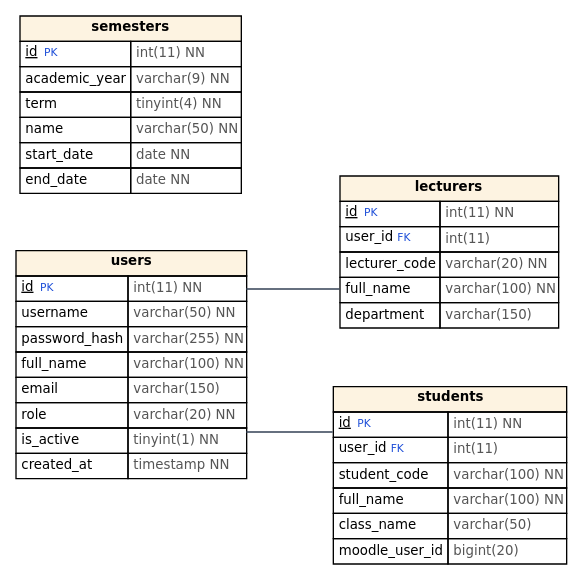
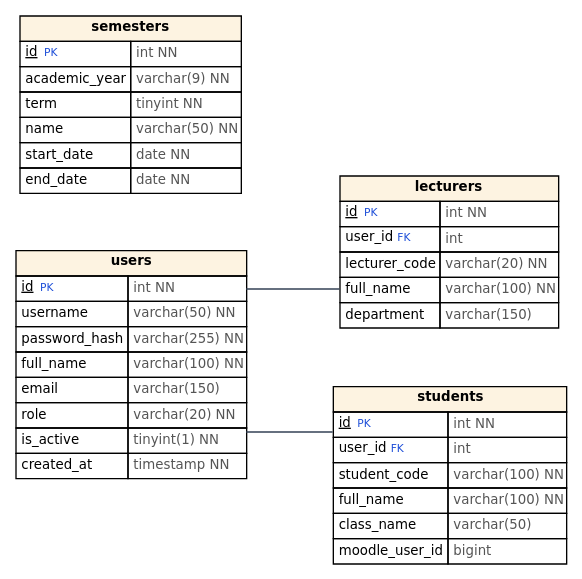
The diagram in docs/diagrams/erd_A.dot (NguyenTanYen/TLCN), drawn with Graphviz before and after one commit. The commit also changed 100 other files, not shown here.

```diff
--- a/docs/diagrams/erd_A.dot
+++ b/docs/diagrams/erd_A.dot
@@ -1,9 +1,9 @@
 digraph G { rankdir=LR; graph [fontname="DejaVu Sans", splines=ortho, nodesep=0.6, ranksep=0.9 ];
 node [shape=none, margin=0, fontname="DejaVu Sans", fontsize=10]; edge [color="#334155", penwidth=1.2, dir=none];
-"users" [label=<<table border="0" cellborder="1" cellspacing="0" cellpadding="3"><tr><td bgcolor="#FDF3E1" colspan="2"><b>users</b></td></tr><tr><td align="left" port="id"><u>id</u> <font color="#1d4ed8" point-size="8">PK</font></td><td align="left"><font color="#555555">int(11) NN</font></td></tr><tr><td align="left" port="username">username</td><td align="left"><font color="#555555">varchar(50) NN</font></td></tr><tr><td align="left" port="password_hash">password_hash</td><td align="left"><font color="#555555">varchar(255) NN</font></td></tr><tr><td align="left" port="full_name">full_name</td><td align="left"><font color="#555555">varchar(100) NN</font></td></tr><tr><td align="left" port="email">email</td><td align="left"><font color="#555555">varchar(150)</font></td></tr><tr><td align="left" port="role">role</td><td align="left"><font color="#555555">varchar(20) NN</font></td></tr><tr><td align="left" port="is_active">is_active</td><td align="left"><font color="#555555">tinyint(1) NN</font></td></tr><tr><td align="left" port="created_at">created_at</td><td align="left"><font color="#555555">timestamp NN</font></td></tr></table>>];
-"lecturers" [label=<<table border="0" cellborder="1" cellspacing="0" cellpadding="3"><tr><td bgcolor="#FDF3E1" colspan="2"><b>lecturers</b></td></tr><tr><td align="left" port="id"><u>id</u> <font color="#1d4ed8" point-size="8">PK</font></td><td align="left"><font color="#555555">int(11) NN</font></td></tr><tr><td align="left" port="user_id">user_id <font color="#1d4ed8" point-size="8">FK</font></td><td align="left"><font color="#555555">int(11)</font></td></tr><tr><td align="left" port="lecturer_code">lecturer_code</td><td align="left"><font color="#555555">varchar(20) NN</font></td></tr><tr><td align="left" port="full_name">full_name</td><td align="left"><font color="#555555">varchar(100) NN</font></td></tr><tr><td align="left" port="department">department</td><td align="left"><font color="#555555">varchar(150)</font></td></tr></table>>];
-"students" [label=<<table border="0" cellborder="1" cellspacing="0" cellpadding="3"><tr><td bgcolor="#FDF3E1" colspan="2"><b>students</b></td></tr><tr><td align="left" port="id"><u>id</u> <font color="#1d4ed8" point-size="8">PK</font></td><td align="left"><font color="#555555">int(11) NN</font></td></tr><tr><td align="left" port="user_id">user_id <font color="#1d4ed8" point-size="8">FK</font></td><td align="left"><font color="#555555">int(11)</font></td></tr><tr><td align="left" port="student_code">student_code</td><td align="left"><font color="#555555">varchar(100) NN</font></td></tr><tr><td align="left" port="full_name">full_name</td><td align="left"><font color="#555555">varchar(100) NN</font></td></tr><tr><td align="left" port="class_name">class_name</td><td align="left"><font color="#555555">varchar(50)</font></td></tr><tr><td align="left" port="moodle_user_id">moodle_user_id</td><td align="left"><font color="#555555">bigint(20)</font></td></tr></table>>];
-"semesters" [label=<<table border="0" cellborder="1" cellspacing="0" cellpadding="3"><tr><td bgcolor="#FDF3E1" colspan="2"><b>semesters</b></td></tr><tr><td align="left" port="id"><u>id</u> <font color="#1d4ed8" point-size="8">PK</font></td><td align="left"><font color="#555555">int(11) NN</font></td></tr><tr><td align="left" port="academic_year">academic_year</td><td align="left"><font color="#555555">varchar(9) NN</font></td></tr><tr><td align="left" port="term">term</td><td align="left"><font color="#555555">tinyint(4) NN</font></td></tr><tr><td align="left" port="name">name</td><td align="left"><font color="#555555">varchar(50) NN</font></td></tr><tr><td align="left" port="start_date">start_date</td><td align="left"><font color="#555555">date NN</font></td></tr><tr><td align="left" port="end_date">end_date</td><td align="left"><font color="#555555">date NN</font></td></tr></table>>];
+"users" [label=<<table border="0" cellborder="1" cellspacing="0" cellpadding="3"><tr><td bgcolor="#FDF3E1" colspan="2"><b>users</b></td></tr><tr><td align="left" port="id"><u>id</u> <font color="#1d4ed8" point-size="8">PK</font></td><td align="left"><font color="#555555">int NN</font></td></tr><tr><td align="left" port="username">username</td><td align="left"><font color="#555555">varchar(50) NN</font></td></tr><tr><td align="left" port="password_hash">password_hash</td><td align="left"><font color="#555555">varchar(255) NN</font></td></tr><tr><td align="left" port="full_name">full_name</td><td align="left"><font color="#555555">varchar(100) NN</font></td></tr><tr><td align="left" port="email">email</td><td align="left"><font color="#555555">varchar(150)</font></td></tr><tr><td align="left" port="role">role</td><td align="left"><font color="#555555">varchar(20) NN</font></td></tr><tr><td align="left" port="is_active">is_active</td><td align="left"><font color="#555555">tinyint(1) NN</font></td></tr><tr><td align="left" port="created_at">created_at</td><td align="left"><font color="#555555">timestamp NN</font></td></tr></table>>];
+"lecturers" [label=<<table border="0" cellborder="1" cellspacing="0" cellpadding="3"><tr><td bgcolor="#FDF3E1" colspan="2"><b>lecturers</b></td></tr><tr><td align="left" port="id"><u>id</u> <font color="#1d4ed8" point-size="8">PK</font></td><td align="left"><font color="#555555">int NN</font></td></tr><tr><td align="left" port="user_id">user_id <font color="#1d4ed8" point-size="8">FK</font></td><td align="left"><font color="#555555">int</font></td></tr><tr><td align="left" port="lecturer_code">lecturer_code</td><td align="left"><font color="#555555">varchar(20) NN</font></td></tr><tr><td align="left" port="full_name">full_name</td><td align="left"><font color="#555555">varchar(100) NN</font></td></tr><tr><td align="left" port="department">department</td><td align="left"><font color="#555555">varchar(150)</font></td></tr></table>>];
+"students" [label=<<table border="0" cellborder="1" cellspacing="0" cellpadding="3"><tr><td bgcolor="#FDF3E1" colspan="2"><b>students</b></td></tr><tr><td align="left" port="id"><u>id</u> <font color="#1d4ed8" point-size="8">PK</font></td><td align="left"><font color="#555555">int NN</font></td></tr><tr><td align="left" port="user_id">user_id <font color="#1d4ed8" point-size="8">FK</font></td><td align="left"><font color="#555555">int</font></td></tr><tr><td align="left" port="student_code">student_code</td><td align="left"><font color="#555555">varchar(100) NN</font></td></tr><tr><td align="left" port="full_name">full_name</td><td align="left"><font color="#555555">varchar(100) NN</font></td></tr><tr><td align="left" port="class_name">class_name</td><td align="left"><font color="#555555">varchar(50)</font></td></tr><tr><td align="left" port="moodle_user_id">moodle_user_id</td><td align="left"><font color="#555555">bigint</font></td></tr></table>>];
+"semesters" [label=<<table border="0" cellborder="1" cellspacing="0" cellpadding="3"><tr><td bgcolor="#FDF3E1" colspan="2"><b>semesters</b></td></tr><tr><td align="left" port="id"><u>id</u> <font color="#1d4ed8" point-size="8">PK</font></td><td align="left"><font color="#555555">int NN</font></td></tr><tr><td align="left" port="academic_year">academic_year</td><td align="left"><font color="#555555">varchar(9) NN</font></td></tr><tr><td align="left" port="term">term</td><td align="left"><font color="#555555">tinyint NN</font></td></tr><tr><td align="left" port="name">name</td><td align="left"><font color="#555555">varchar(50) NN</font></td></tr><tr><td align="left" port="start_date">start_date</td><td align="left"><font color="#555555">date NN</font></td></tr><tr><td align="left" port="end_date">end_date</td><td align="left"><font color="#555555">date NN</font></td></tr></table>>];
+"users" -> "lecturers" [id="fk__users__lecturers__user_id"];
 "users" -> "students" [id="fk__users__students__user_id"];
-"users" -> "lecturers" [id="fk__users__lecturers__user_id"];
 }
```
